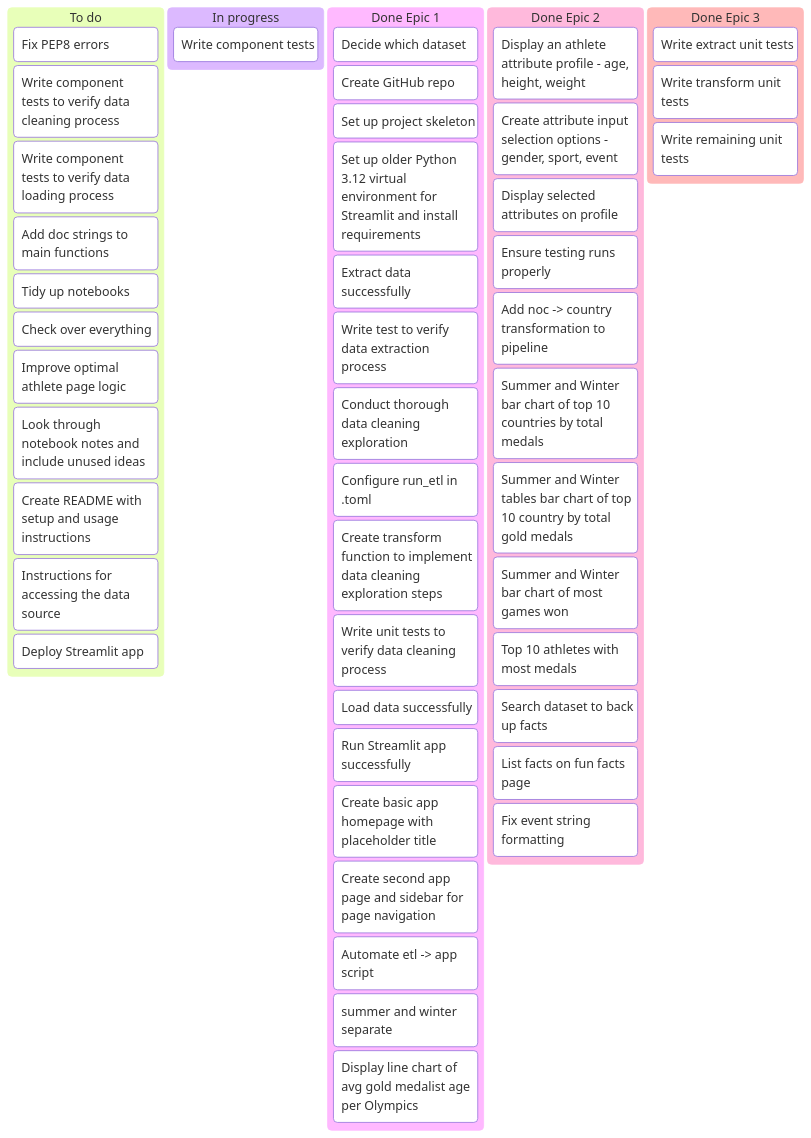
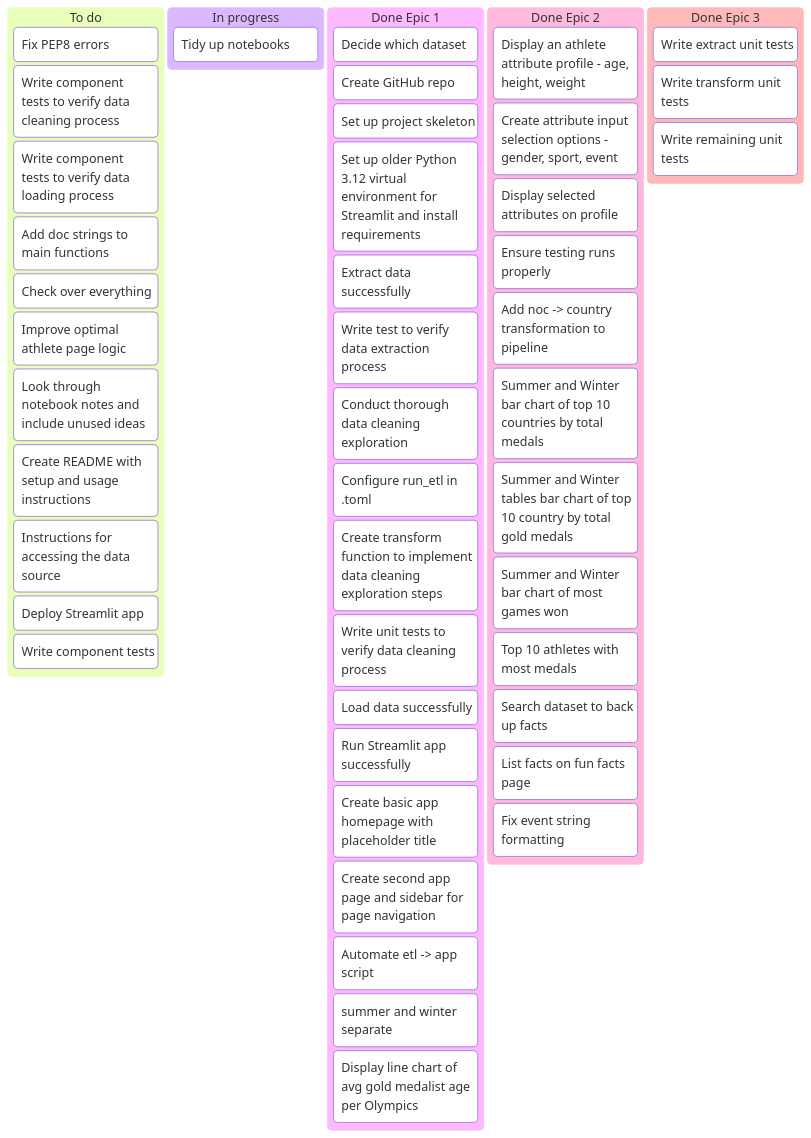
Before and after one commit to RonanD10/capstone-project: the first of 2 diagrams in docs/kanban.md, drawn with Mermaid. The commit also changed 14 other files, not shown here.

````diff
--- a/docs/kanban.md
+++ b/docs/kanban.md
@@ -3,58 +3,59 @@
 ```mermaid
 kanban
     To do
         Fix PEP8 errors
         Write component tests to verify data cleaning process  
         Write component tests to verify data loading process 
         Add doc strings to main functions
-        Tidy up notebooks
+       
         Check over everything       
         Improve optimal athlete page logic 
         Look through notebook notes and include unused ideas
         Create README with setup and usage instructions
         Instructions for accessing the data source
         Deploy Streamlit app 
+        Write component tests
 
     In progress
-        Write component tests 
+        Tidy up notebooks
 
 
     Done Epic 1
         Decide which dataset
         Create GitHub repo 
         Set up project skeleton
         Set up older Python 3.12 virtual environment for Streamlit and install requirements
         Extract data successfully
         Write test to verify data extraction process
         Conduct thorough data cleaning exploration
         Configure run_etl in .toml
         Create transform function to implement data cleaning exploration steps
         Write unit tests to verify data cleaning process 
         Load data successfully
         Run Streamlit app successfully
         Create basic app homepage with placeholder title
         Create second app page and sidebar for page navigation
         Automate etl -> app script
         Display ordered bar chart of avg age per event (summer and winter separate)
         Display line chart of avg gold medalist age per Olympics
 
     Done Epic 2 
         Display an athlete attribute profile - age, height, weight
         Create attribute input selection options - gender, sport, event
         Display selected attributes on profile 
         Ensure testing runs properly
         Add noc -> country transformation to pipeline 
         Summer and Winter bar chart of top 10 countries by total medals
         Summer and Winter tables bar chart of top 10 country by total gold medals
         Summer and Winter bar chart of most games won
         Top 10 athletes with most medals
         Search dataset to back up facts
         List facts on fun facts page
         Fix event string formatting
     
     Done Epic 3
         Write extract unit tests
         Write transform unit tests
         Write remaining unit tests 
 
 ```
````
